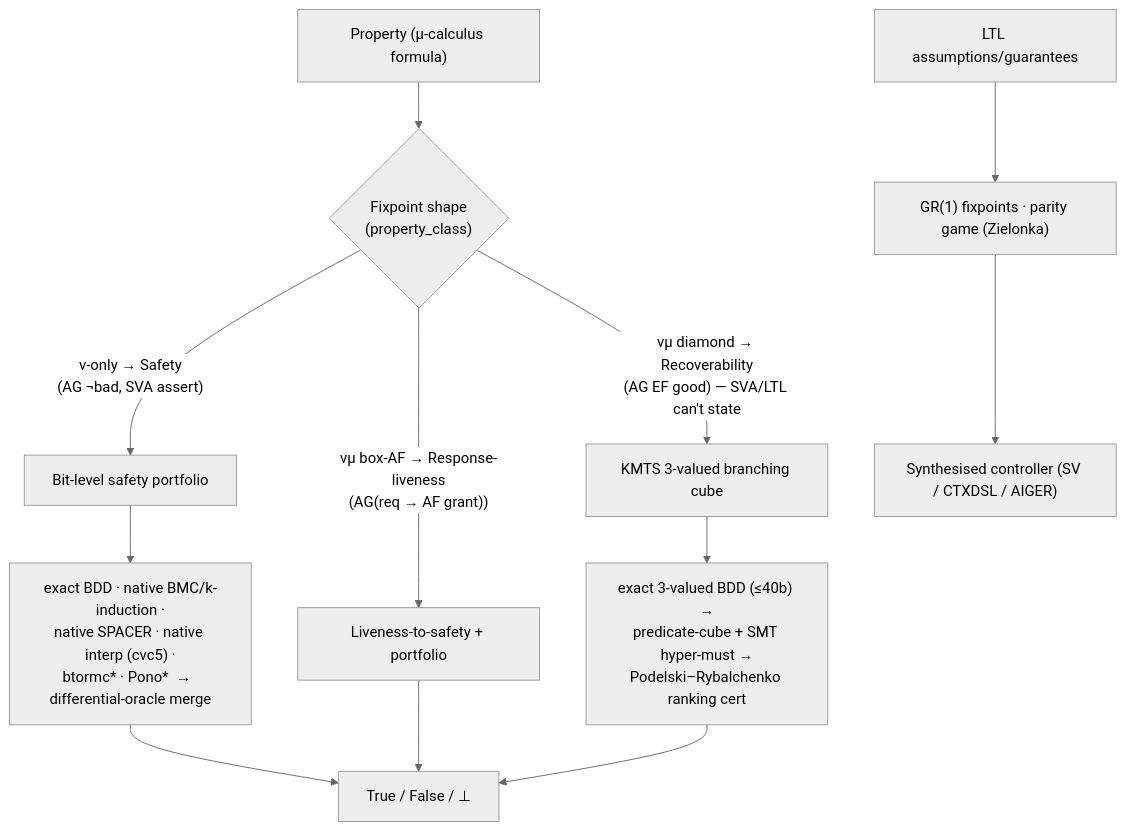
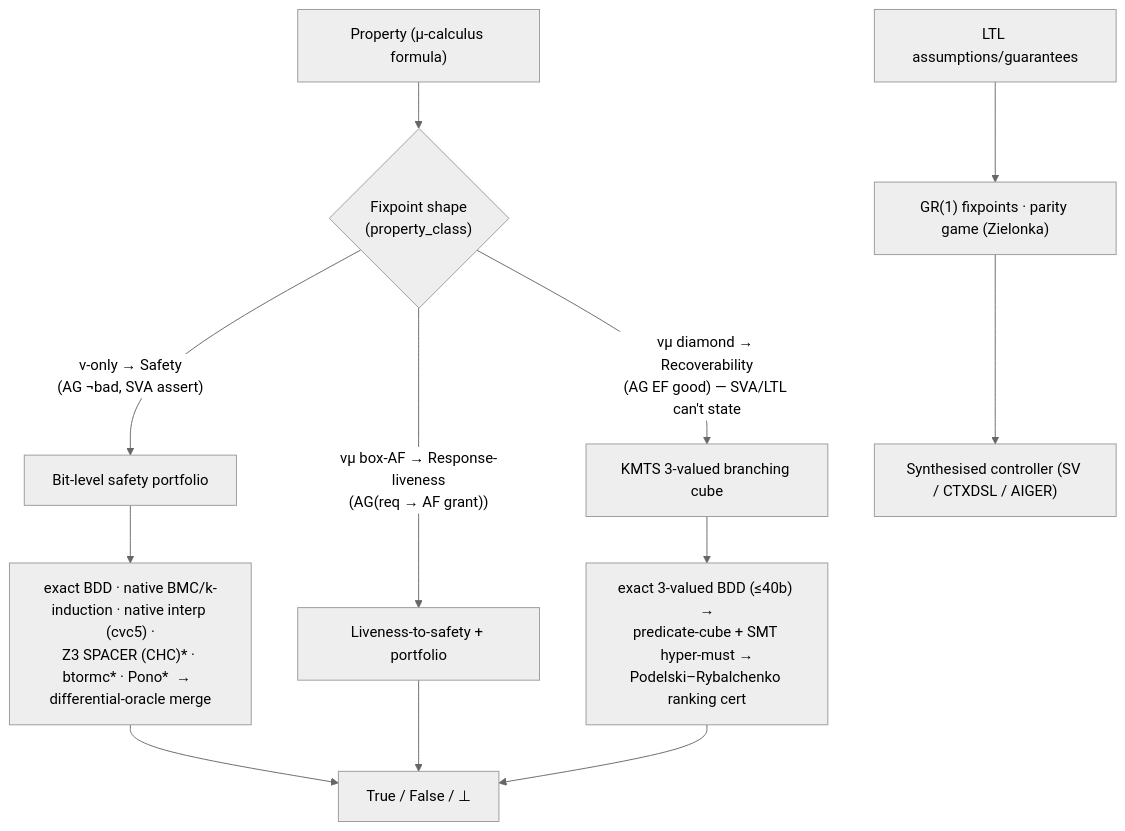
The second of 2 diagrams in README.md (vscorza/mununu), drawn with Mermaid (neutral theme) before and after one commit. The commit also changed other lines of this file and 2 other files, not shown here.

````diff
--- a/README.md
+++ b/README.md
@@ -192,16 +192,16 @@
 ```mermaid
 flowchart TD
   P["Property (μ-calculus formula)"] --> C{"Fixpoint shape<br/>(property_class)"}
   C -->|"ν-only → Safety<br/>(AG ¬bad, SVA assert)"| SAFE["Bit-level safety portfolio"]
   C -->|"νμ box-AF → Response-liveness<br/>(AG(req → AF grant))"| L2S["Liveness-to-safety + portfolio"]
   C -->|"νμ diamond → Recoverability<br/>(AG EF good) — SVA/LTL can't state"| CUBE["KMTS 3-valued branching cube"]
 
-  SAFE --> PORT["exact BDD · native BMC/k-induction ·<br/>native SPACER · native interp (cvc5) ·<br/>btormc* · Pono*  →  differential-oracle merge"]
+  SAFE --> PORT["exact BDD · native BMC/k-induction · native interp (cvc5) ·<br/>Z3 SPACER (CHC)* · btormc* · Pono*  →  differential-oracle merge"]
   CUBE --> BR["exact 3-valued BDD (≤40b) →<br/>predicate-cube + SMT hyper-must →<br/>Podelski–Rybalchenko ranking cert"]
 
   PORT --> V["True / False / ⊥"]
   L2S --> V
   BR --> V
 
   LTL["LTL assumptions/guarantees"] --> SYN["GR(1) fixpoints · parity game (Zielonka)"] --> CTRL["Synthesised controller (SV / CTXDSL / AIGER)"]
 ```
````
